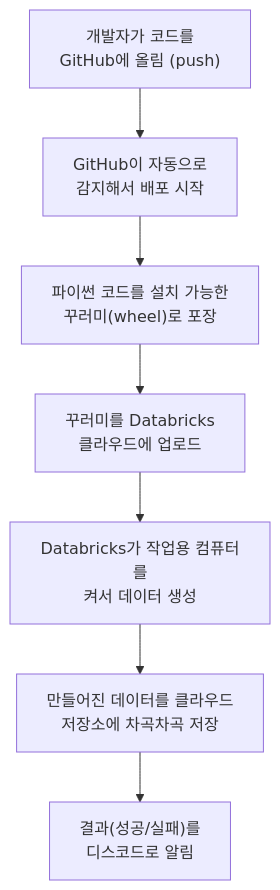
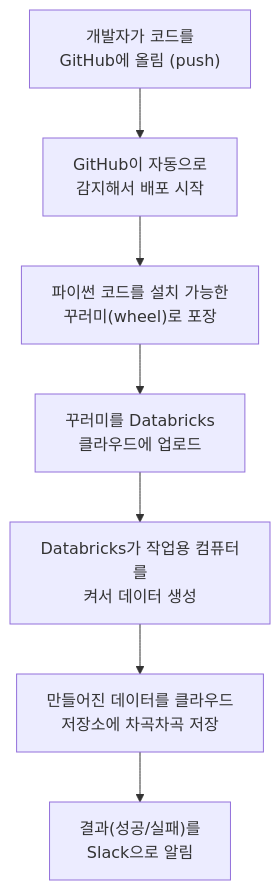
Before and after one commit to hellojin97/databricks-my-bundle: the second of 2 diagrams in README.md, drawn with Mermaid. The commit also changed 1 other file, not shown here.

Commit message:
ci: 배포 알림을 Discord에서 Slack으로 전환
- deploy-bundle.yml: Notify Discord(sarisia) → Notify Slack(slackapi/slack-github-action v2)
- 상태별 색/제목/변경요약/drift/링크 정보 유지, Slack mrkdwn 포맷으로 변환
- 멀티라인·특수문자 안전을 위해 jq로 페이로드 JSON 구성 후 파일로 전달
- README 흐름도의 알림 표기를 Slack으로 갱신

※ 동작하려면 GitHub Actions secret에 SLACK_WEBHOOK(Incoming Webhook URL) 등록 필요

````diff
--- a/README.md
+++ b/README.md
@@ -99,12 +99,12 @@
 ```mermaid
 flowchart TD
     S1["개발자가 코드를<br/>GitHub에 올림 (push)"]
     S2["GitHub이 자동으로<br/>감지해서 배포 시작"]
     S3["파이썬 코드를 설치 가능한<br/>꾸러미(wheel)로 포장"]
     S4["꾸러미를 Databricks<br/>클라우드에 업로드"]
     S5["Databricks가 작업용 컴퓨터를<br/>켜서 데이터 생성"]
     S6["만들어진 데이터를 클라우드<br/>저장소에 차곡차곡 저장"]
-    S7["결과(성공/실패)를<br/>디스코드로 알림"]
+    S7["결과(성공/실패)를<br/>Slack으로 알림"]
 
     S1 --> S2 --> S3 --> S4 --> S5 --> S6 --> S7
 ```
````
